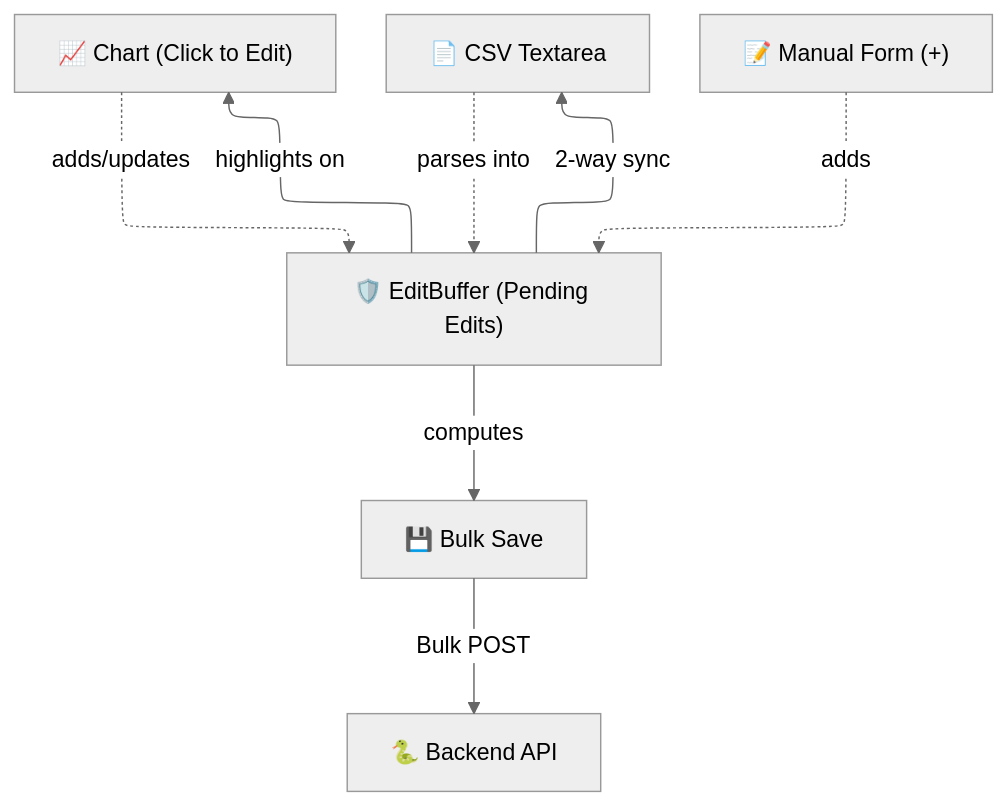
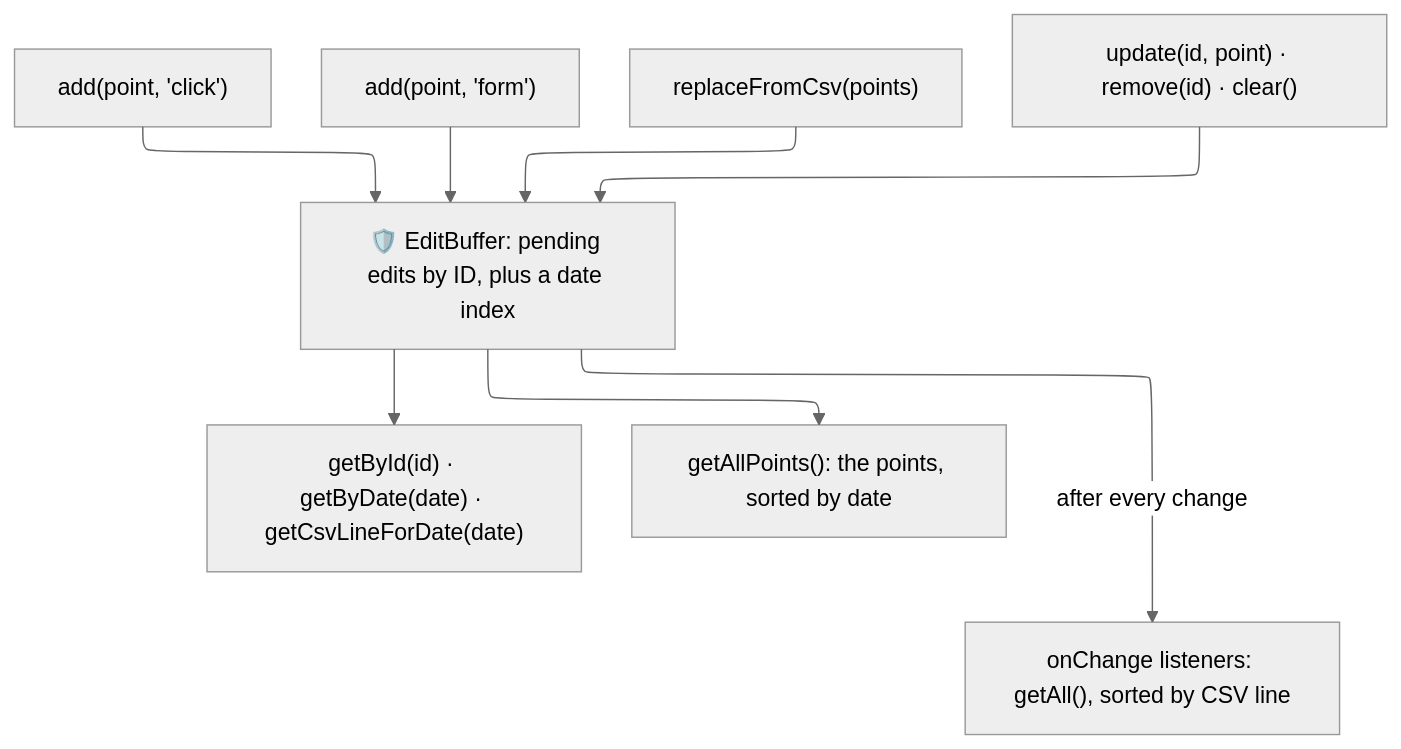
The diagram in mkdocs_src/docs/developer/frontend/state/core-infrastructure.md (Librefolio/LibreFolio), drawn with Mermaid (neutral theme) before and after one commit. The commit also changed other lines of this file and 17 other files, not shown here.

````diff
--- a/mkdocs_src/docs/developer/frontend/state/core-infrastructure.md
+++ b/mkdocs_src/docs/developer/frontend/state/core-infrastructure.md
@@ -23,24 +37,25 @@
 ```mermaid
 ---
 config:
   layout: elk
 ---
 graph TD
-    Chart["📈 Chart (Click to Edit)"]
-    CSV["📄 CSV Textarea"]
-    Form["📝 Manual Form (+)"]
-    
-    Buffer["🛡️ EditBuffer (Pending Edits)"]
-    SaveBtn["💾 Bulk Save"]
-    API["🐍 Backend API"]
+    Click["add(point, 'click')"]
+    Form["add(point, 'form')"]
+    CSV["replaceFromCsv(points)"]
+    Change["update(id, point) · remove(id) · clear()"]
 
-    Chart -. "adds/updates" .-> Buffer
-    CSV -. "parses into" .-> Buffer
-    Form -. "adds" .-> Buffer
+    Buffer["🛡️ EditBuffer: pending edits by ID, plus a date index"]
 
-    Buffer -->|"2-way sync"| CSV
-    Buffer -->|"highlights on"| Chart
-    
-    Buffer -->|"computes"| SaveBtn
-    SaveBtn -->|"Bulk POST"| API
+    Listeners["onChange listeners: getAll(), sorted by CSV line"]
+    Lookups["getById(id) · getByDate(date) · getCsvLineForDate(date)"]
+    Points["getAllPoints(): the points, sorted by date"]
+
+    Click --> Buffer
+    Form --> Buffer
+    CSV --> Buffer
+    Change --> Buffer
+    Buffer -->|"after every change"| Listeners
+    Buffer --> Lookups
+    Buffer --> Points
 ```
````
